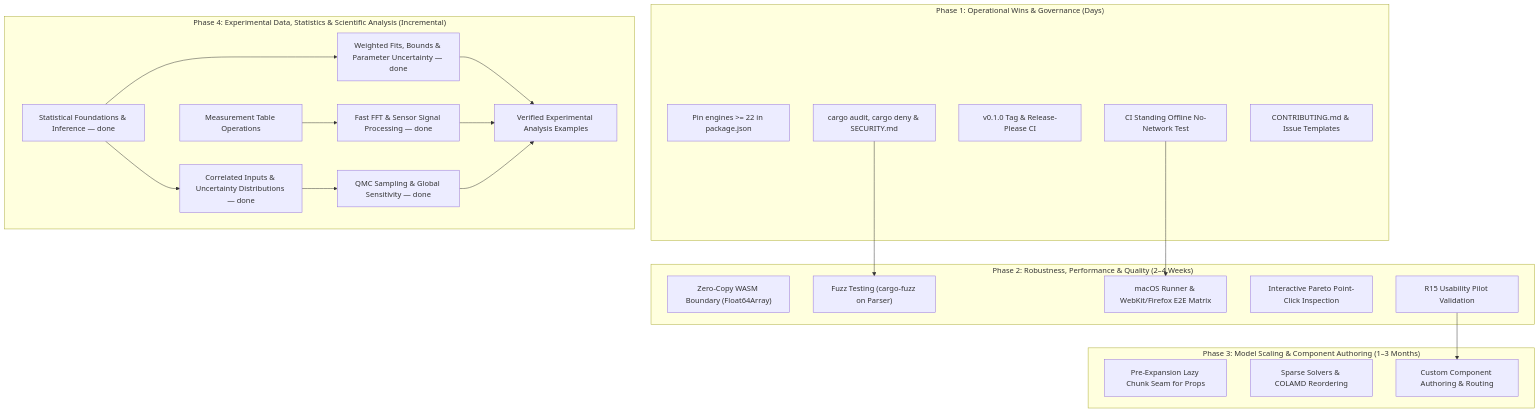
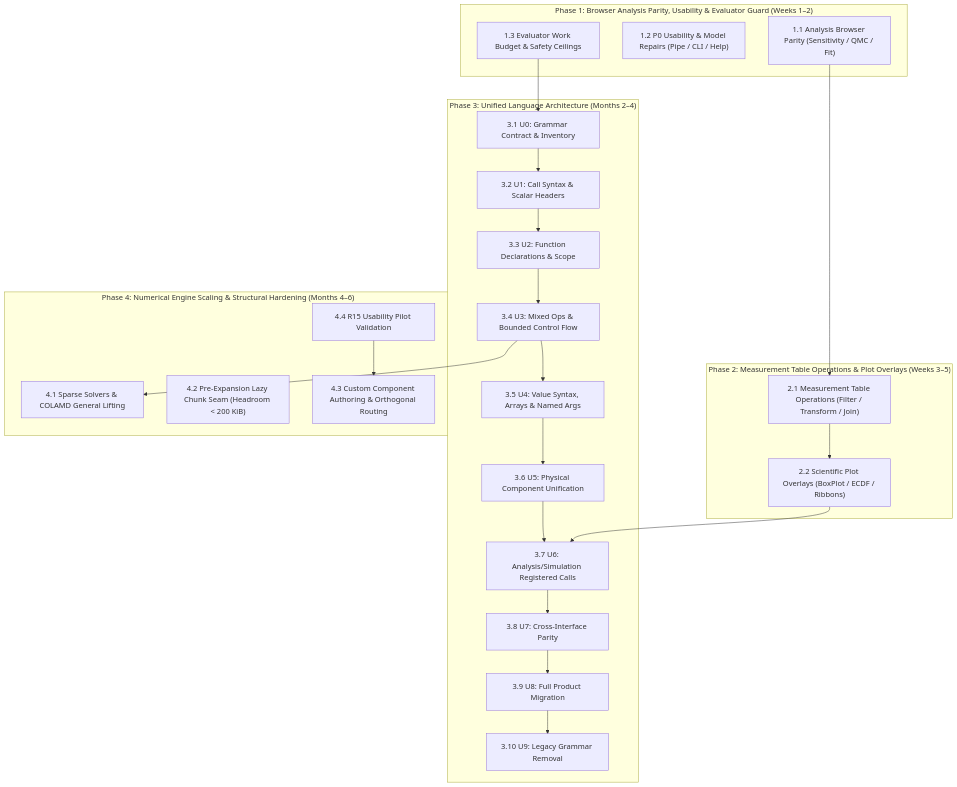
Before and after one commit to ernsoylu/frees: the diagram in NEXT_STEPS.md, drawn with Mermaid. The commit also changed other lines of this file and 27 other files, not shown here.

First line of the commit message:
feat: implement phase 1 browser analysis parity, usability & evaluator guard (#31)

````diff
--- a/NEXT_STEPS.md
+++ b/NEXT_STEPS.md
@@ -22,45 +52,41 @@
 ```mermaid
 graph TD
-    subgraph "Phase 1: Operational Wins & Governance (Days)"
-        P1_Eng["Pin engines >= 22 in package.json"]
-        P1_Sec["cargo audit, cargo deny & SECURITY.md"]
-        P1_Rel["v0.1.0 Tag & Release-Please CI"]
-        P1_Off["CI Standing Offline No-Network Test"]
-        P1_Gov["CONTRIBUTING.md & Issue Templates"]
+    subgraph "Phase 1: Browser Analysis Parity, Usability & Evaluator Guard (Weeks 1–2)"
+        P1_Ana["1.1 Analysis Browser Parity (Sensitivity / QMC / Fit)"]
+        P1_P0["1.2 P0 Usability & Model Repairs (Pipe / CLI / Help)"]
+        P1_Guard["1.3 Evaluator Work Budget & Safety Ceilings"]
     end
 
-    subgraph "Phase 2: Robustness, Performance & Quality (2–4 Weeks)"
-        P2_ZC["Zero-Copy WASM Boundary (Float64Array)"]
-        P2_Fuzz["Fuzz Testing (cargo-fuzz on Parser)"]
-        P2_Cross["macOS Runner & WebKit/Firefox E2E Matrix"]
-        P2_Pareto["Interactive Pareto Point-Click Inspection"]
-        P2_Pilot["R15 Usability Pilot Validation"]
+    subgraph "Phase 2: Measurement Table Operations & Plot Overlays (Weeks 3–5)"
+        P2_Tab["2.1 Measurement Table Operations (Filter / Transform / Join)"]
+        P2_Plot["2.2 Scientific Plot Overlays (BoxPlot / ECDF / Ribbons)"]
     end
 
-    subgraph "Phase 3: Model Scaling & Component Authoring (1–3 Months)"
-        P3_Lazy["Pre-Expansion Lazy Chunk Seam for Props"]
-        P3_Sparse["Sparse Solvers & COLAMD Reordering"]
-        P3_Custom["Custom Component Authoring & Routing"]
+    subgraph "Phase 3: Unified Language Architecture (Months 2–4)"
+        P3_U0["3.1 U0: Grammar Contract & Inventory"]
+        P3_U1["3.2 U1: Call Syntax & Scalar Headers"]
+        P3_U2["3.3 U2: Function Declarations & Scope"]
+        P3_U3["3.4 U3: Mixed Ops & Bounded Control Flow"]
+        P3_U4["3.5 U4: Value Syntax, Arrays & Named Args"]
+        P3_U5["3.6 U5: Physical Component Unification"]
+        P3_U6["3.7 U6: Analysis/Simulation Registered Calls"]
+        P3_U7["3.8 U7: Cross-Interface Parity"]
+        P3_U8["3.9 U8: Full Product Migration"]
+        P3_U9["3.10 U9: Legacy Grammar Removal"]
     end
 
-    subgraph "Phase 4: Experimental Data, Statistics & Scientific Analysis (Incremental)"
-        P4_Stats["Statistical Foundations & Inference — done"]
-        P4_Fit["Weighted Fits, Bounds & Parameter Uncertainty — done"]
-        P4_Unc["Correlated Inputs & Uncertainty Distributions — done"]
-        P4_Data["Measurement Table Operations"]
-        P4_Signal["Fast FFT & Sensor Signal Processing — done"]
-        P4_Global["QMC Sampling & Global Sensitivity — done"]
-        P4_Validate["Verified Experimental Analysis Examples"]
+    subgraph "Phase 4: Numerical Engine Scaling & Structural Hardening (Months 4–6)"
+        P4_Sparse["4.1 Sparse Solvers & COLAMD General Lifting"]
+        P4_Chunk["4.2 Pre-Expansion Lazy Chunk Seam (Headroom < 200 KiB)"]
+        P4_Custom["4.3 Custom Component Authoring & Orthogonal Routing"]
+        P4_Pilot["4.4 R15 Usability Pilot Validation"]
     end
 
-    P1_Sec --> P2_Fuzz
-    P1_Off --> P2_Cross
-    P2_Pilot --> P3_Custom
-    P4_Stats --> P4_Fit
-    P4_Stats --> P4_Unc
-    P4_Unc --> P4_Global
-    P4_Data --> P4_Signal
-    P4_Fit --> P4_Validate
-    P4_Signal --> P4_Validate
-    P4_Global --> P4_Validate
+    P1_Ana --> P2_Tab
+    P1_Guard --> P3_U0
+    P2_Tab --> P2_Plot
+    P2_Plot --> P3_U6
+    P3_U0 --> P3_U1 --> P3_U2 --> P3_U3 --> P3_U4 --> P3_U5 --> P3_U6 --> P3_U7 --> P3_U8 --> P3_U9
+    P3_U3 --> P4_Sparse
+    P4_Pilot --> P4_Custom
 ```
````
